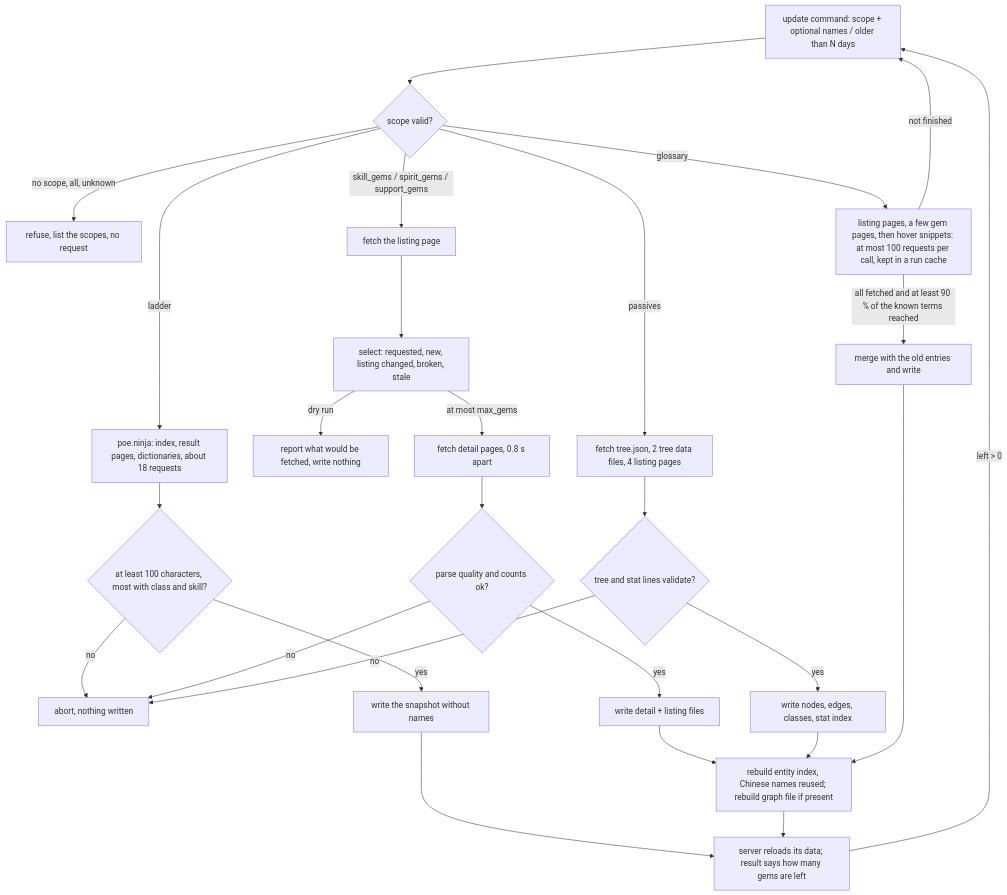
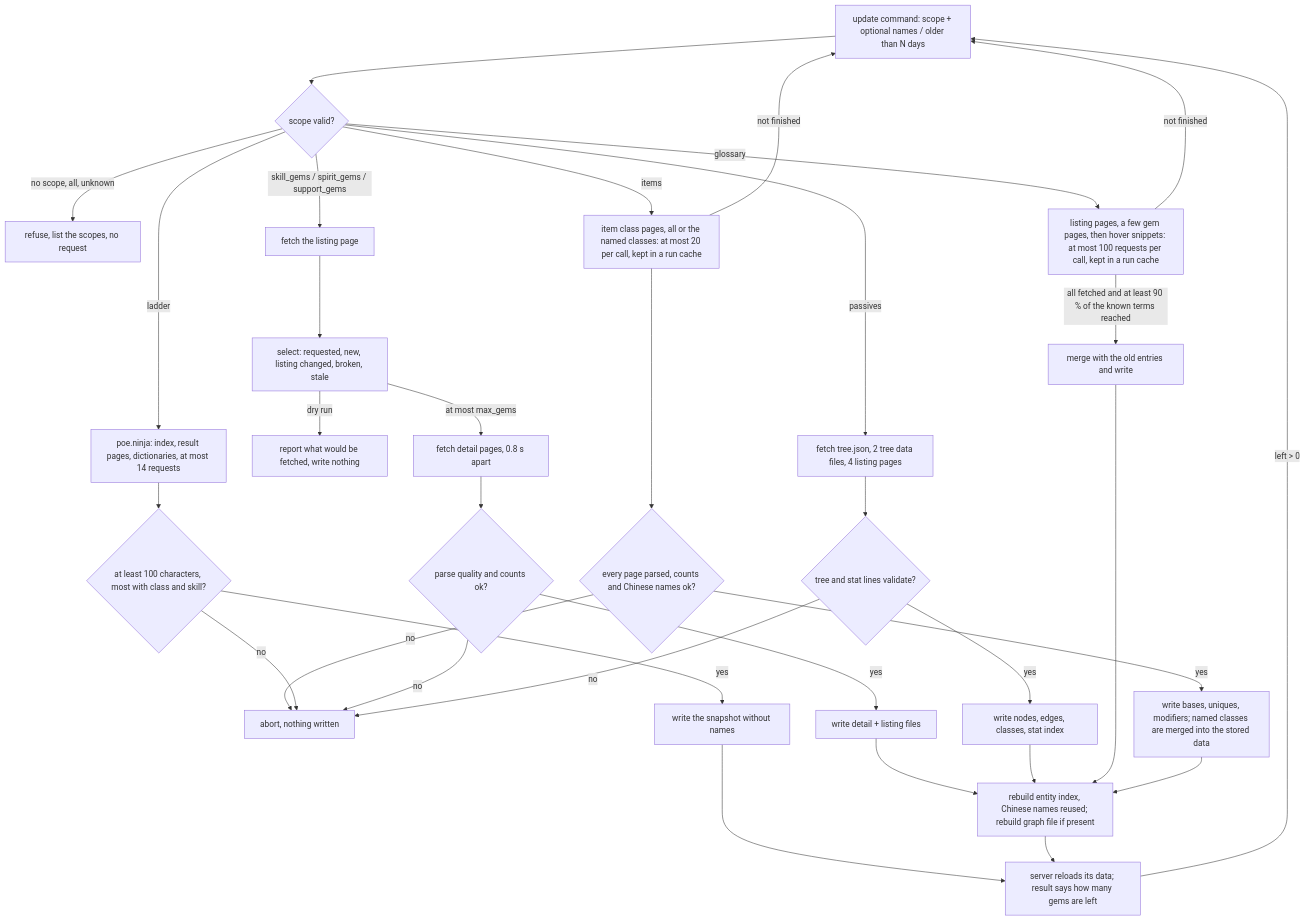
Before and after one commit to GGaryyy/POBG: the sixth of 6 diagrams in docs/flow/system_flow.md, drawn with Mermaid. The commit also changed other lines of this file and 43 other files, not shown here.

````diff
--- a/docs/flow/system_flow.md
+++ b/docs/flow/system_flow.md
@@ -192,29 +197,35 @@
 ```mermaid
 flowchart TD
     U[update command: scope + optional names / older than N days] --> V{scope valid?}
     V -->|no scope, all, unknown| R[refuse, list the scopes, no request]
     V -->|glossary| GL1[listing pages, a few gem pages, then hover snippets: at most 100 requests per call, kept in a run cache]
     GL1 -->|not finished| U
     GL1 -->|all fetched and at least 90 % of the known terms reached| GLW[merge with the old entries and write]
-    V -->|ladder| LD[poe.ninja: index, result pages, dictionaries, about 18 requests]
+    V -->|items| IT1[item class pages, all or the named classes: at most 20 per call, kept in a run cache]
+    IT1 -->|not finished| U
+    IT1 --> IG{every page parsed, counts and Chinese names ok?}
+    IG -->|no| A
+    IG -->|yes| IW[write bases, uniques, modifiers; named classes are merged into the stored data]
+    V -->|ladder| LD[poe.ninja: index, result pages, dictionaries, at most 14 requests]
     LD --> LG{at least 100 characters, most with class and skill?}
     LG -->|no| A
     LG -->|yes| LW[write the snapshot without names]
     V -->|skill_gems / spirit_gems / support_gems| L[fetch the listing page]
     L --> S[select: requested, new, listing changed, broken, stale]
     S -->|dry run| D[report what would be fetched, write nothing]
     S -->|at most max_gems| F[fetch detail pages, 0.8 s apart]
     F --> G{parse quality and counts ok?}
     G -->|no| A[abort, nothing written]
     G -->|yes| W[write detail + listing files]
     V -->|passives| P[fetch tree.json, 2 tree data files, 4 listing pages]
     P --> PG{tree and stat lines validate?}
     PG -->|no| A
     PG -->|yes| PW[write nodes, edges, classes, stat index]
     W --> I[rebuild entity index, Chinese names reused; rebuild graph file if present]
     PW --> I
     GLW --> I
+    IW --> I
     LW --> RL
     I --> RL[server reloads its data; result says how many gems are left]
     RL -->|left > 0| U
 ```
````
